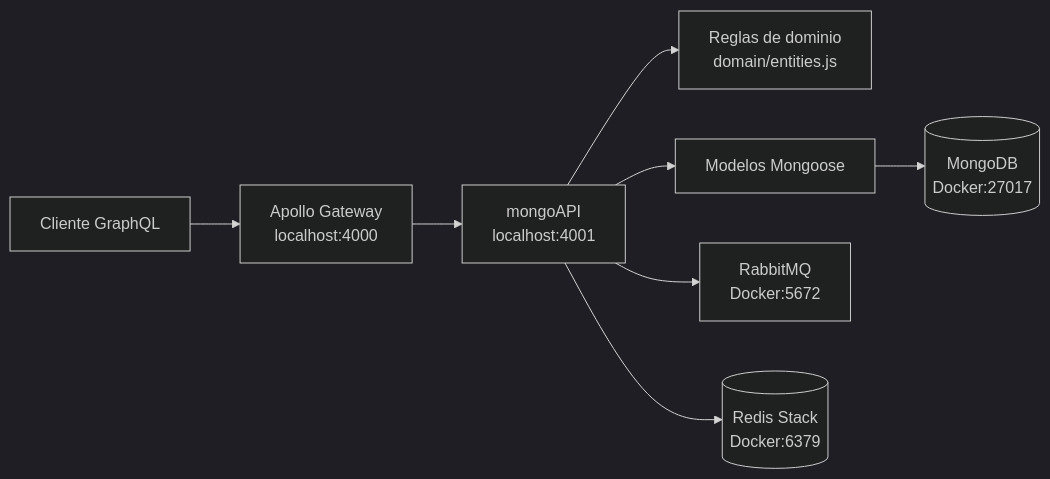
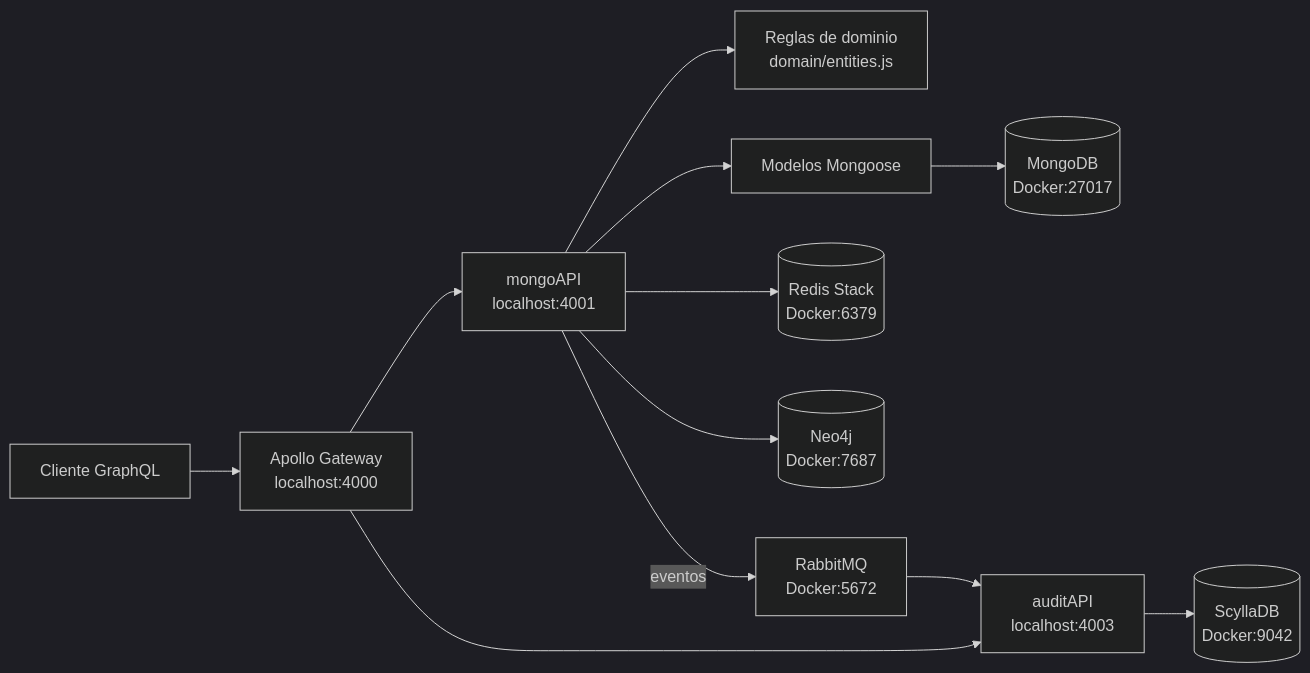
One commit to Carlo068/PickarooAPI changed the diagram in README.md. Above: the diagram before and after it, drawn with Mermaid (dark theme). The commit also changed other lines of this file and 20 other files, not shown here.

First line of the commit message:
feat: roles RBAC en Neo4j y bitácora de auditoría en ScyllaDB

````diff
--- a/README.md
+++ b/README.md
@@ -10,10 +10,14 @@
 ```mermaid
 flowchart LR
   Cliente[Cliente GraphQL] --> Gateway[Apollo Gateway\nlocalhost:4000]
   Gateway --> API[mongoAPI\nlocalhost:4001]
   API --> Dominio[Reglas de dominio\ndomain/entities.js]
   API --> Mongoose[Modelos Mongoose]
   Mongoose --> Mongo[(MongoDB\nDocker:27017)]
-  API --> Rabbit[RabbitMQ\nDocker:5672]
   API --> Redis[(Redis Stack\nDocker:6379)]
+  API --> Neo4j[(Neo4j\nDocker:7687)]
+  API -- eventos --> Rabbit[RabbitMQ\nDocker:5672]
+  Rabbit --> Audit[auditAPI\nlocalhost:4003]
+  Gateway --> Audit
+  Audit --> Scylla[(ScyllaDB\nDocker:9042)]
 ```
````
